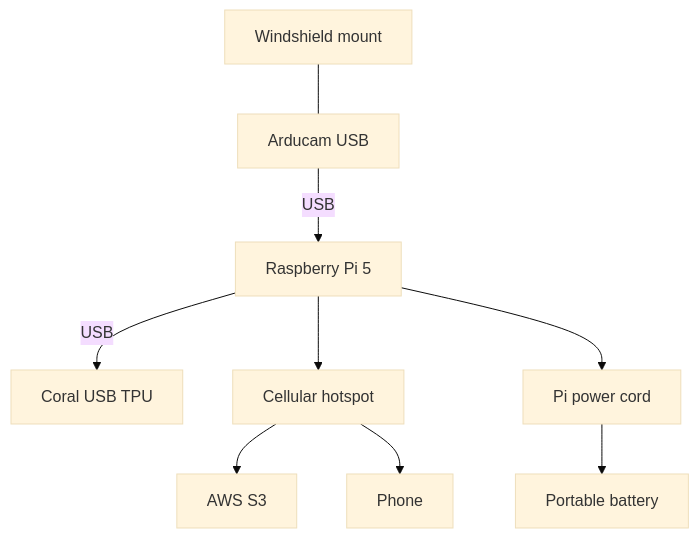
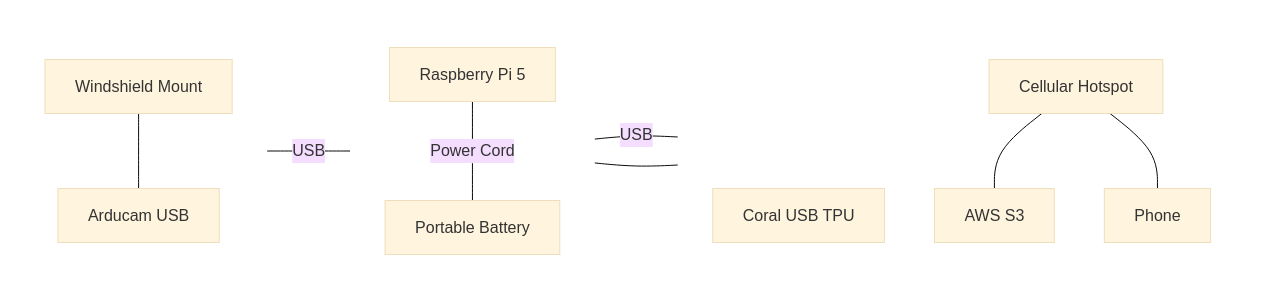
The first of 2 diagrams in project_management/specs/design.md (GregT7/NetraPi), drawn with Mermaid (base theme) before and after one commit. The commit also changed other lines of this file and 135 other files, not shown here.

````diff
--- a/project_management/specs/design.md
+++ b/project_management/specs/design.md
@@ -9,20 +9,30 @@
 ```mermaid
-flowchart TB
-  Mount[Windshield mount]
-  Cam[Arducam USB]
-  Pi[Raspberry Pi 5]
-  Coral[Coral USB TPU]
-  Hotspot[Cellular hotspot]
-  S3[AWS S3]
-  Phone[Phone]
-  Cord[Pi power cord]
-  Battery[Portable battery]
-  Mount --- Cam
-  Cam -->|USB| Pi
-  Pi -->|USB| Coral
-  Pi --> Hotspot
-  Hotspot --> S3
-  Hotspot --> Phone
-  Pi --> Cord
-  Cord --> Battery
+flowchart LR
+  subgraph capture[" "]
+    direction TB
+    Mount[Windshield Mount]
+    Cam[Arducam USB]
+    Mount --- Cam
+  end
+  subgraph hub[" "]
+    direction TB
+    Pi[Raspberry Pi 5]
+    Battery[Portable Battery]
+    Pi ---|"Power Cord"| Battery
+  end
+  subgraph extras[" "]
+    direction TB
+    Coral[Coral USB TPU]
+    Hotspot[Cellular Hotspot]
+    S3[AWS S3]
+    Phone[Phone]
+    Hotspot --- S3
+    Hotspot --- Phone
+  end
+  Cam ---|USB| Pi
+  Pi ---|USB| Coral
+  Pi --- Hotspot
+  style capture fill:none,stroke:none
+  style hub fill:none,stroke:none
+  style extras fill:none,stroke:none
 ```
````
